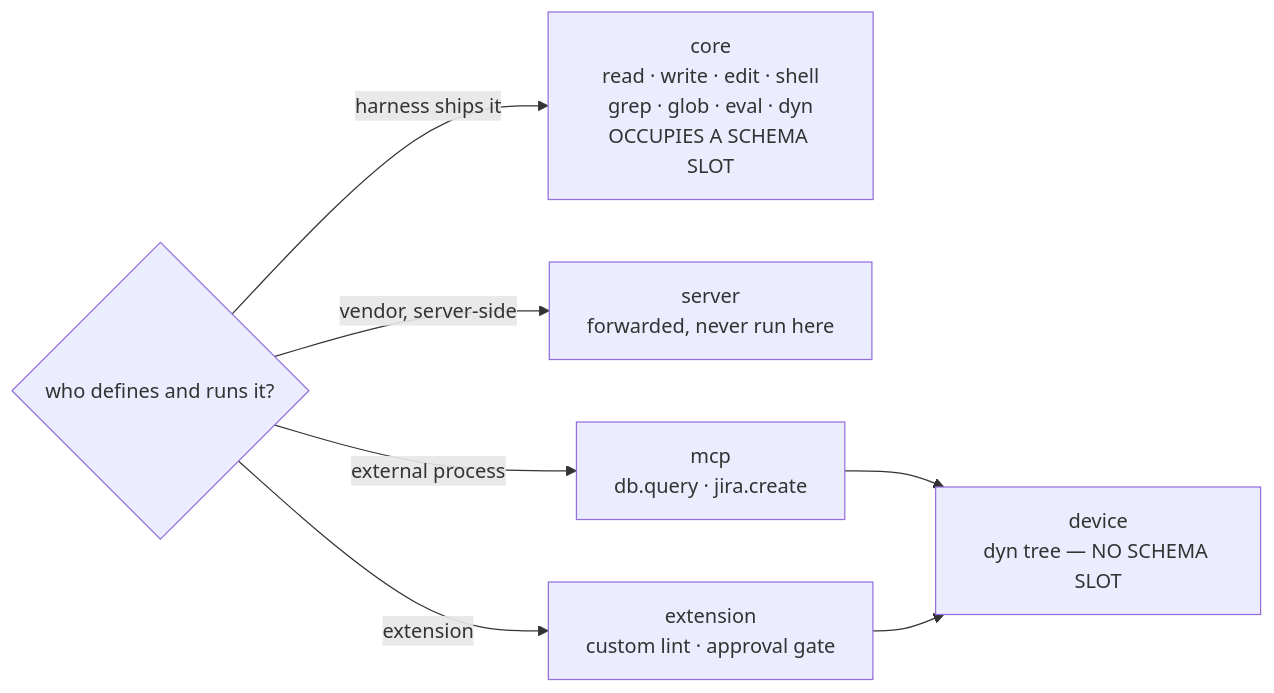
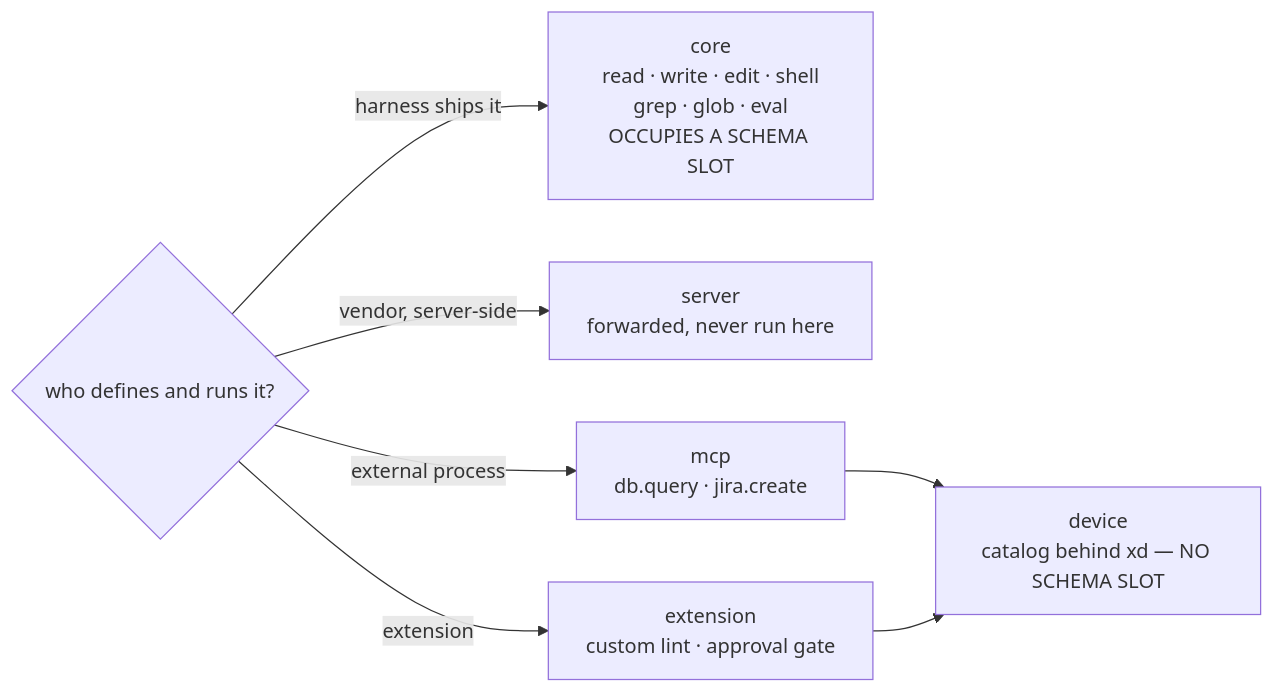
One commit to BAKocska/oh-my-pi changed the first of 2 diagrams in docs/py/01-devices.md. Above: the diagram before and after it, drawn with Mermaid. The commit also changed other lines of this file and 17 other files, not shown here.

````diff
--- a/docs/py/01-devices.md
+++ b/docs/py/01-devices.md
@@ -147,10 +143,10 @@
 ```mermaid
 flowchart LR
     Q{"who defines and runs it?"}
-    Q -- "harness ships it" --> C["core<br/>read · write · edit · shell<br/>grep · glob · eval · dyn<br/>OCCUPIES A SCHEMA SLOT"]
+    Q -- "harness ships it" --> C["core<br/>read · write · edit · shell<br/>grep · glob · eval<br/>OCCUPIES A SCHEMA SLOT"]
     Q -- "vendor, server-side" --> S["server<br/>forwarded, never run here"]
     Q -- "external process" --> M["mcp<br/>db.query · jira.create"]
     Q -- "extension" --> X["extension<br/>custom lint · approval gate"]
-    M --> D["device<br/>dyn tree — NO SCHEMA SLOT"]
+    M --> D["device<br/>catalog behind xd — NO SCHEMA SLOT"]
     X --> D
 ```
````
